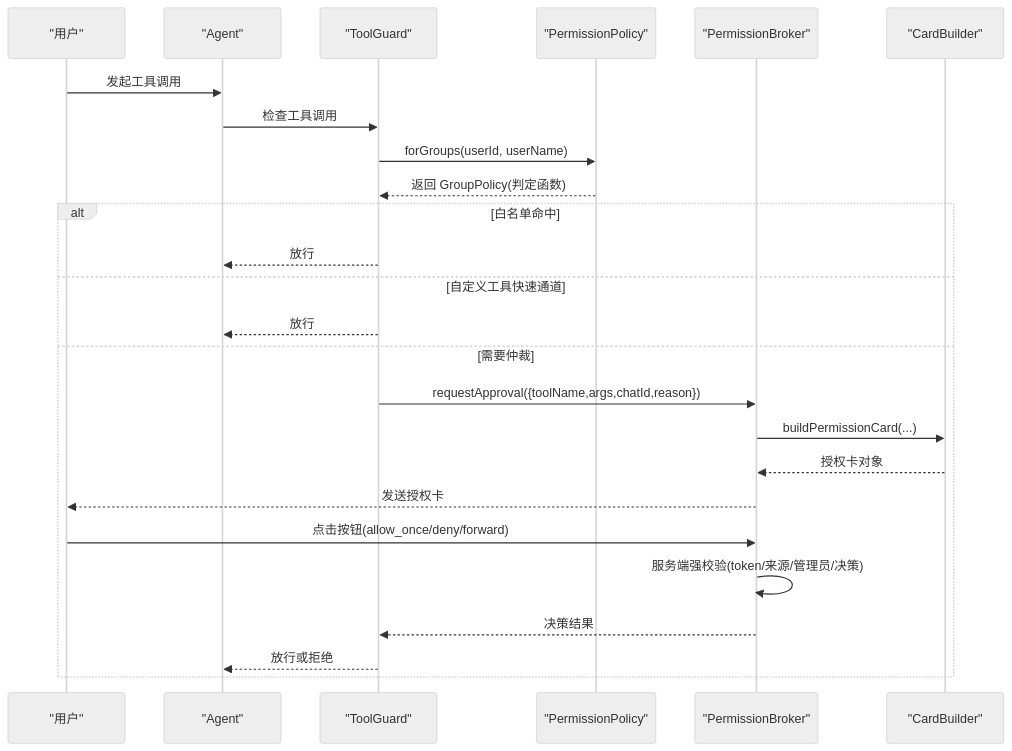
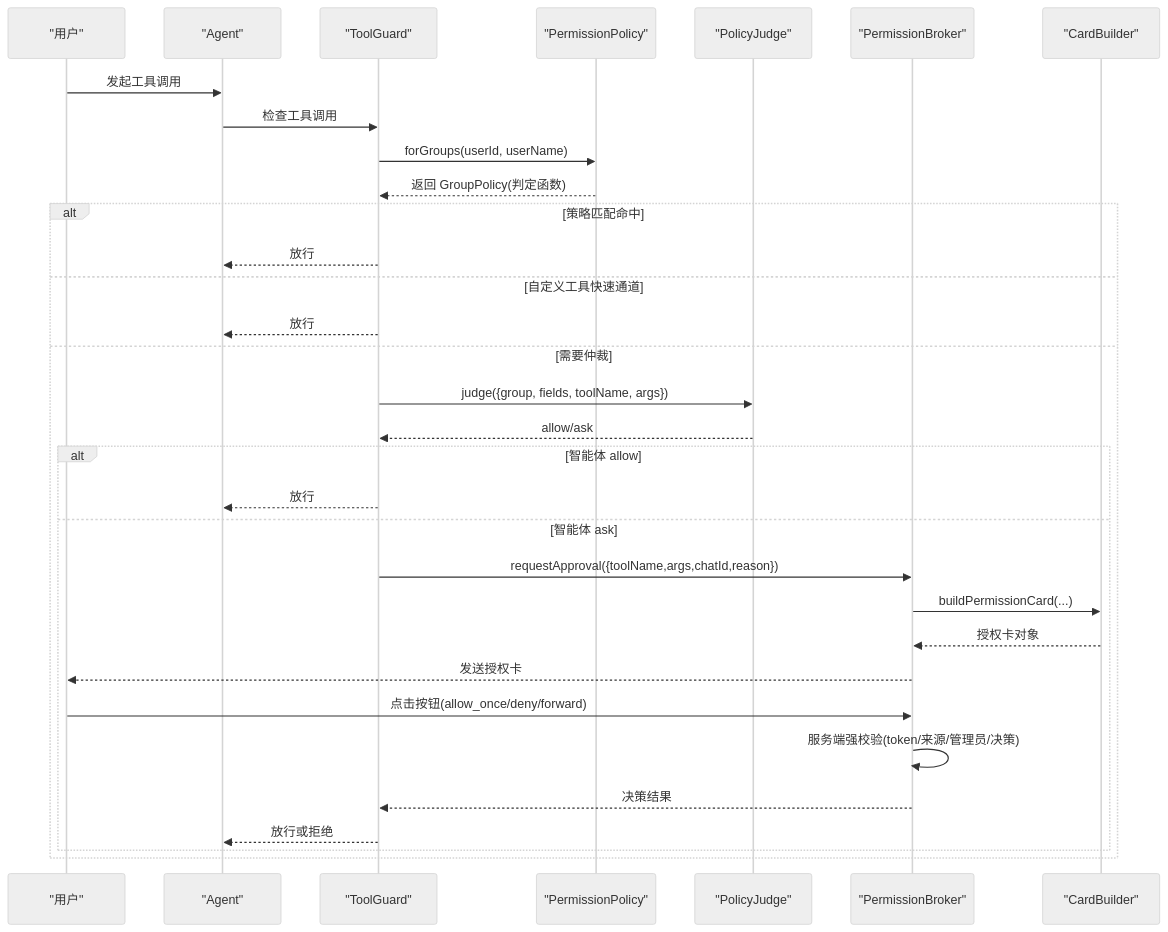
Before and after one commit to HeXiaoShu520/feishu-pi: the second of 6 diagrams in .qoder/repowiki/zh/content/权限控制系统/权限控制系统.md, drawn with Mermaid (neutral theme). The commit also changed other lines of this file and 47 other files, not shown here.

````diff
--- a/.qoder/repowiki/zh/content/权限控制系统/权限控制系统.md
+++ b/.qoder/repowiki/zh/content/权限控制系统/权限控制系统.md
@@ -114,27 +140,34 @@
 ```mermaid
 sequenceDiagram
 participant U as "用户"
 participant AG as "Agent"
 participant GU as "ToolGuard"
 participant PO as "PermissionPolicy"
+participant PJ as "PolicyJudge"
 participant BR as "PermissionBroker"
 participant CB as "CardBuilder"
 U->>AG : 发起工具调用
 AG->>GU : 检查工具调用
 GU->>PO : forGroups(userId, userName)
 PO-->>GU : 返回 GroupPolicy(判定函数)
-alt 白名单命中
+alt 策略匹配命中
 GU-->>AG : 放行
 else 自定义工具快速通道
 GU-->>AG : 放行
 else 需要仲裁
+GU->>PJ : judge({group, fields, toolName, args})
+PJ-->>GU : allow/ask
+alt 智能体 allow
+GU-->>AG : 放行
+else 智能体 ask
 GU->>BR : requestApproval({toolName,args,chatId,reason})
 BR->>CB : buildPermissionCard(...)
 CB-->>BR : 授权卡对象
 BR-->>U : 发送授权卡
 U->>BR : 点击按钮(allow_once/deny/forward)
 BR->>BR : 服务端强校验(token/来源/管理员/决策)
 BR-->>GU : 决策结果
 GU-->>AG : 放行或拒绝
 end
+end
 ```
````
